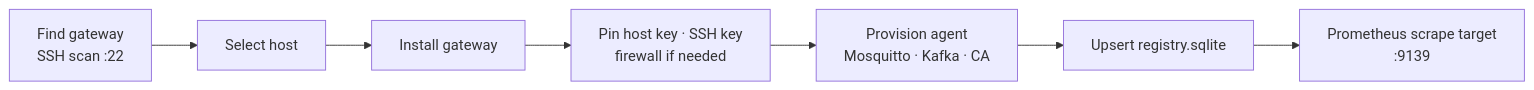
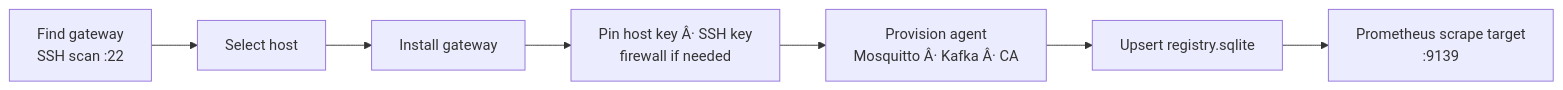
One commit to ngmibach/iot-gateway changed the sixth of 8 diagrams in docs/architecture.md. Above: the diagram before and after it, drawn with Mermaid. The commit also changed other lines of this file and 5 other files, not shown here.

````diff
--- a/docs/architecture.md
+++ b/docs/architecture.md
@@ -166,9 +166,9 @@
 ```mermaid
 flowchart LR
   A["Find gateway\nSSH scan :22"] --> B["Select host"]
   B --> C["Install gateway"]
-  C --> D["Pin host key · SSH key\nfirewall if needed"]
-  D --> E["Provision agent\nMosquitto · Kafka · CA"]
+  C --> D["Pin host key Â· SSH key\nfirewall if needed"]
+  D --> E["Provision agent\nMosquitto Â· Kafka Â· CA"]
   E --> F["Upsert registry.sqlite"]
   F --> G["Prometheus scrape target\n:9139"]
 ```
````
